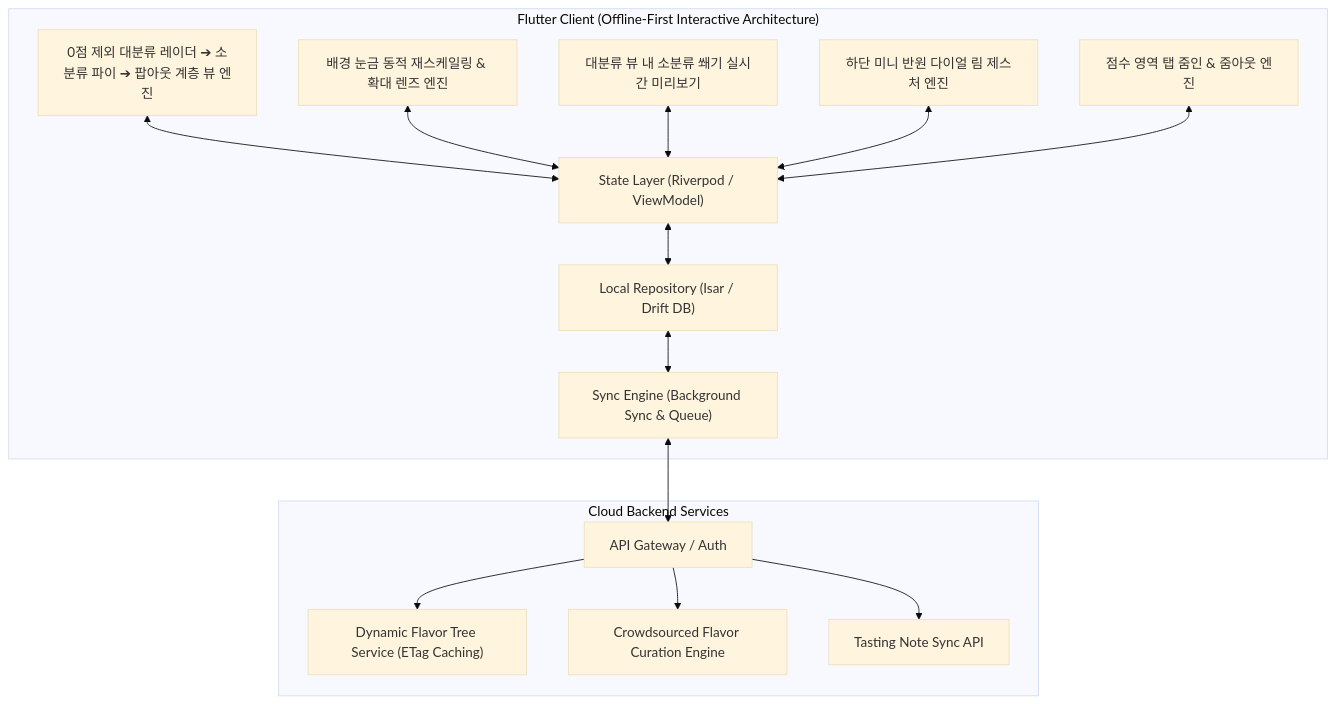
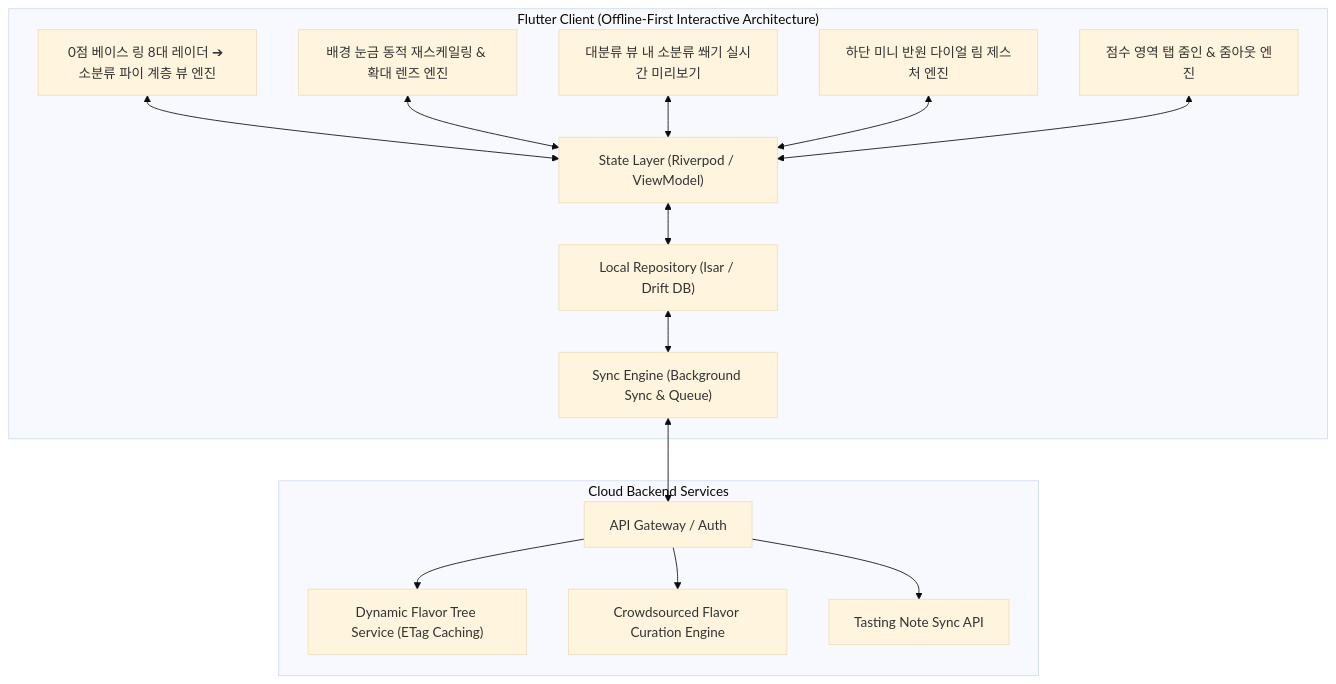
One commit to chanhooop/FlavorWheel changed the diagram in README.md. Above: the diagram before and after it, drawn with Mermaid (base theme). The commit also changed other lines of this file and 1 other file, not shown here.

Commit message:
feat: 완성형 차트에서 안쪽 원을 0점 베이스 링(R_0)으로 전환하고 0점 대분류를 포함한 8대 대분류 전체 레이더 및 파이 차트 렌더링 구현

````diff
--- a/README.md
+++ b/README.md
@@ -102,34 +107,34 @@
 ```mermaid
 graph TB
     subgraph Client ["Flutter Client (Offline-First Interactive Architecture)"]
-        ProgressiveCardEngine["0점 제외 대분류 레이더 ➔ 소분류 파이 ➔ 팝아웃 계층 뷰 엔진"]
+        BaseRingRadarEngine["0점 베이스 링 8대 레이더 ➔ 소분류 파이 계층 뷰 엔진"]
         DynamicGridEngine["배경 눈금 동적 재스케일링 & 확대 렌즈 엔진"]
         InWheelPreviewEngine["대분류 뷰 내 소분류 쐐기 실시간 미리보기"]
         MiniDialEngine["하단 미니 반원 다이얼 림 제스처 엔진"]
         TapZoomEngine["점수 영역 탭 줌인 & 줌아웃 엔진"]
 
         State["State Layer (Riverpod / ViewModel)"]
         SyncEngine["Sync Engine (Background Sync & Queue)"]
         LocalRepository["Local Repository (Isar / Drift DB)"]
 
-        ProgressiveCardEngine <--> State
+        BaseRingRadarEngine <--> State
         DynamicGridEngine <--> State
         InWheelPreviewEngine <--> State
         MiniDialEngine <--> State
         TapZoomEngine <--> State
         State <--> LocalRepository
         LocalRepository <--> SyncEngine
     end
 
     subgraph RemoteBackend ["Cloud Backend Services"]
         Gateway["API Gateway / Auth"]
         TreeService["Dynamic Flavor Tree Service (ETag Caching)"]
         CurationService["Crowdsourced Flavor Curation Engine"]
         NoteService["Tasting Note Sync API"]
     end
 
     SyncEngine <--> Gateway
     Gateway --> TreeService
     Gateway --> CurationService
     Gateway --> NoteService
 ```
````
